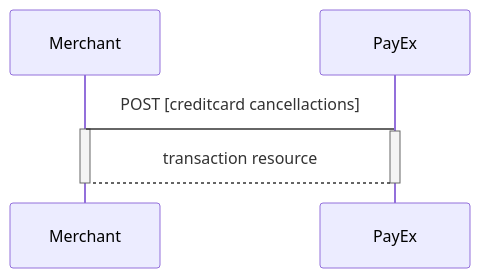
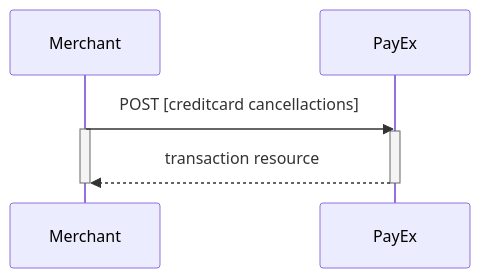
The second of 10 diagrams in payments/credit-card/after-payment.md (SwedbankPay/developer.swedbankpay.com), drawn with Mermaid before and after one commit. The commit also changed other lines of this file, not shown here.

Commit message:
DX-266 removed link from diagram and added double arrowhead to diagrams

````diff
--- a/payments/credit-card/after-payment.md
+++ b/payments/credit-card/after-payment.md
@@ -398,9 +398,9 @@
 ```mermaid
 sequenceDiagram
-  Merchant->PayEx: POST [creditcard cancellactions]
+  Merchant->>PayEx: POST [creditcard cancellactions]
   Activate Merchant
   Activate PayEx
-  PayEx-->Merchant: transaction resource
+  PayEx-->>Merchant: transaction resource
   Deactivate PayEx
   Deactivate Merchant
 ```
````
